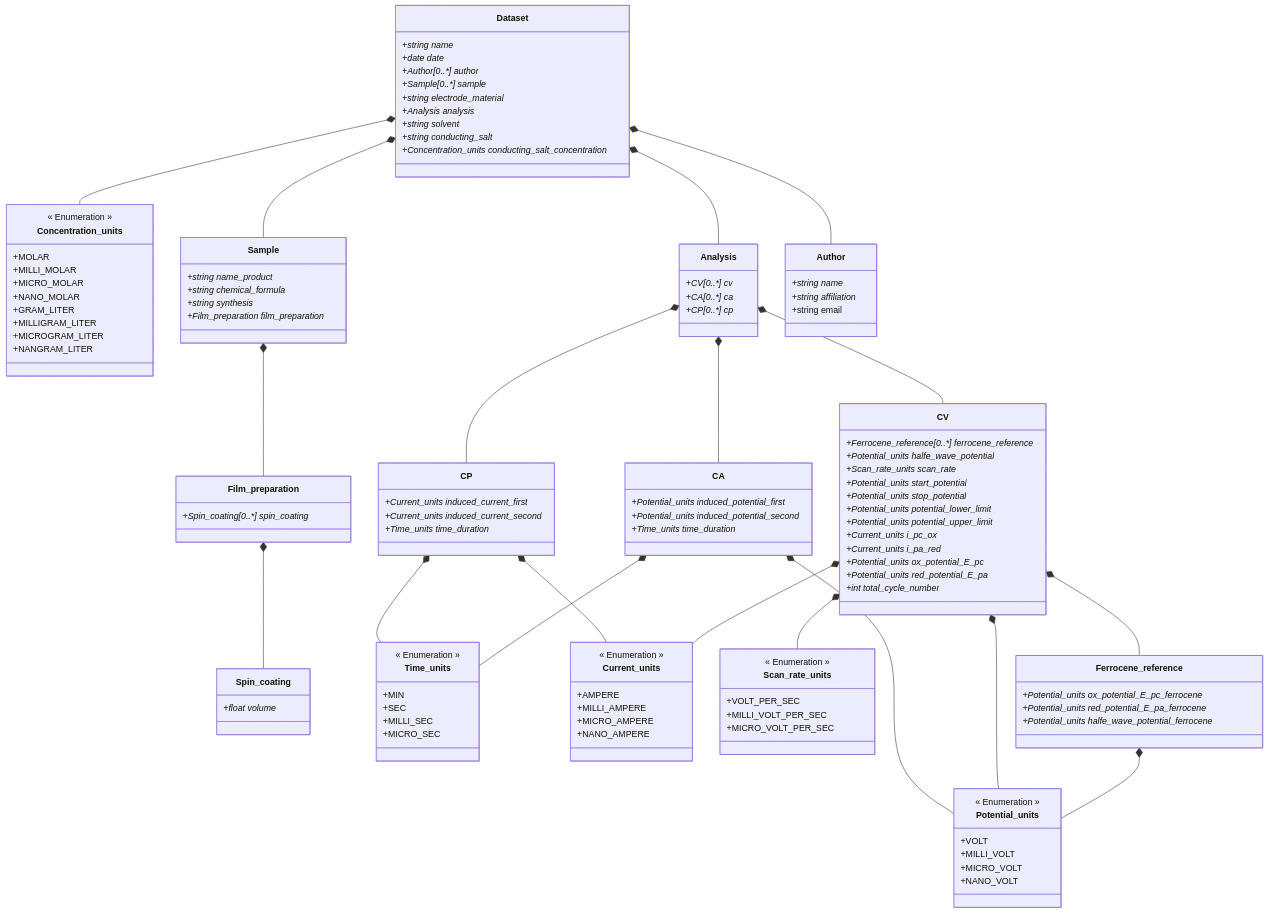
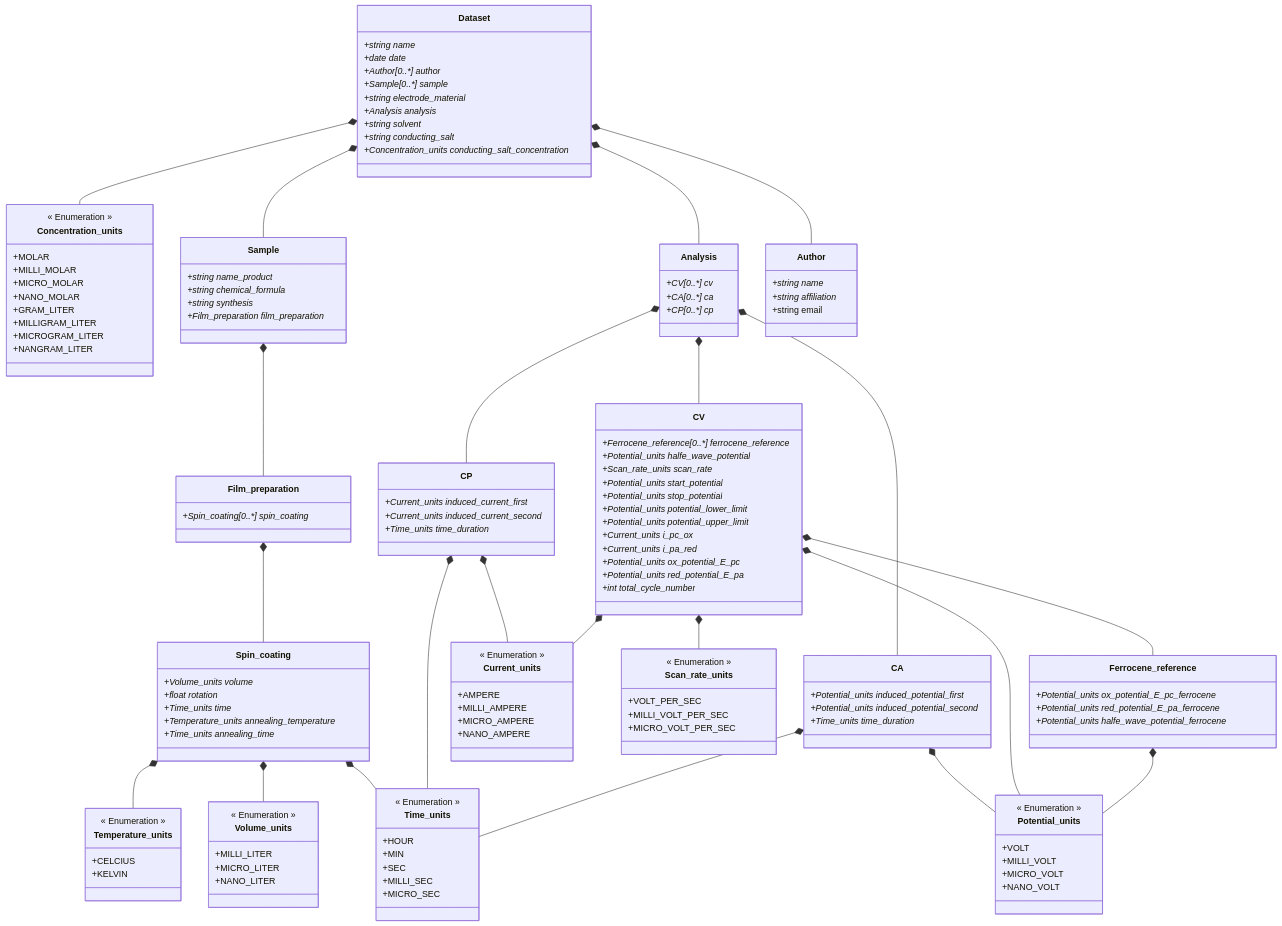
The diagram in ElectrochemistryDataModel/schemes/electrochemistrydatamodel_schema.md (FAIRChemistry/datamodel-electrochemistry), drawn with Mermaid before and after one commit. The commit also changed 15 other files, not shown here.

```diff
--- a/ElectrochemistryDataModel/schemes/electrochemistrydatamodel_schema.md
+++ b/ElectrochemistryDataModel/schemes/electrochemistrydatamodel_schema.md
@@ -6,6 +6,9 @@
     Dataset *-- Author
     Sample *-- Film_preparation
     Film_preparation *-- Spin_coating
+    Spin_coating *-- Temperature_units
+    Spin_coating *-- Volume_units
+    Spin_coating *-- Time_units
     Analysis *-- CP
     Analysis *-- CA
     Analysis *-- CV
@@ -43,7 +46,11 @@
     }
     
     class Spin_coating {
-        +float volume*
+        +Volume_units volume*
+        +float rotation*
+        +Time_units time*
+        +Temperature_units annealing_temperature*
+        +Time_units annealing_time*
     }
     
     class Analysis {
@@ -91,8 +98,22 @@
         +string email
     }
     
+    class Temperature_units {
+        << Enumeration >>
+        +CELCIUS
+        +KELVIN
+    }
+    
+    class Volume_units {
+        << Enumeration >>
+        +MILLI_LITER
+        +MICRO_LITER
+        +NANO_LITER
+    }
+    
     class Time_units {
         << Enumeration >>
+        +HOUR
         +MIN
         +SEC
         +MILLI_SEC
```
